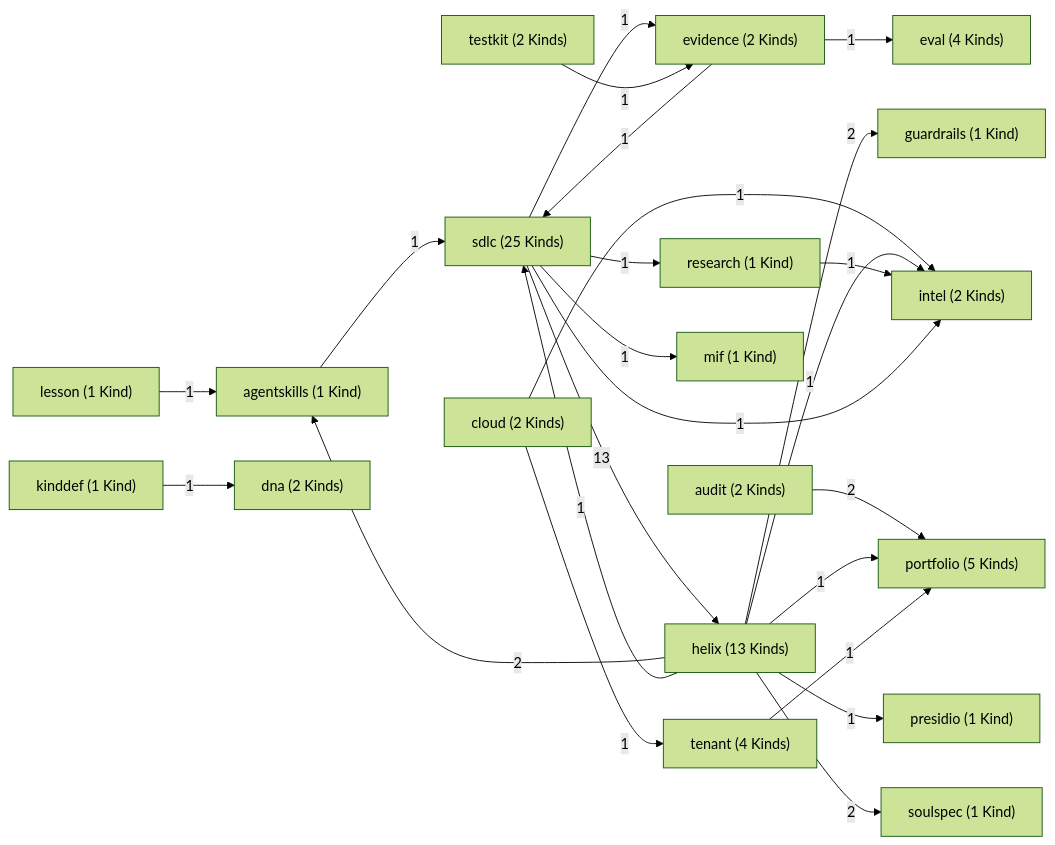
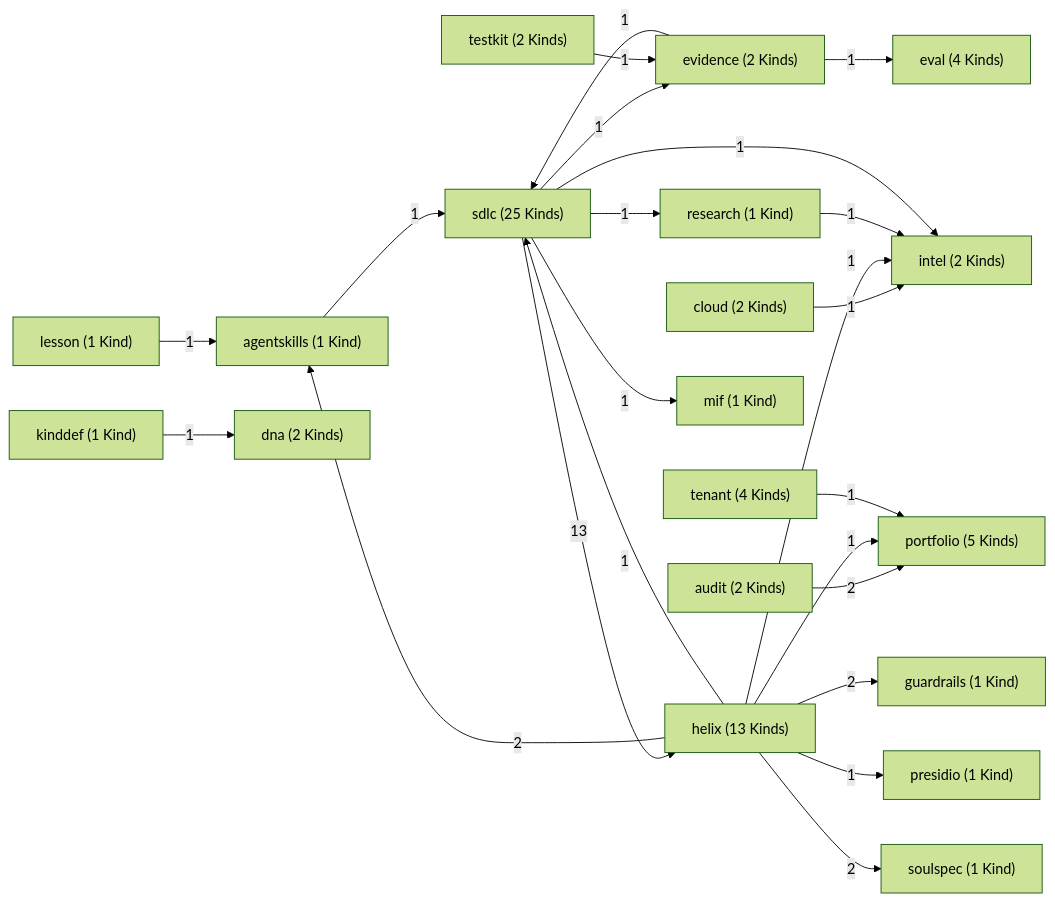
The first of 13 diagrams in docs/reference/data-model.md (ruinosus/dna), drawn with Mermaid (forest theme) before and after one commit. The commit also changed other lines of this file and 40 other files, not shown here.

````diff
--- a/docs/reference/data-model.md
+++ b/docs/reference/data-model.md
@@ -84,45 +84,44 @@
 ```mermaid
 flowchart LR
     agentskills["agentskills (1 Kind)"]
     audit["audit (2 Kinds)"]
     cloud["cloud (2 Kinds)"]
     dna["dna (2 Kinds)"]
     eval["eval (4 Kinds)"]
     evidence["evidence (2 Kinds)"]
     guardrails["guardrails (1 Kind)"]
     helix["helix (13 Kinds)"]
     intel["intel (2 Kinds)"]
     kinddef["kinddef (1 Kind)"]
     lesson["lesson (1 Kind)"]
     mif["mif (1 Kind)"]
     portfolio["portfolio (5 Kinds)"]
     presidio["presidio (1 Kind)"]
     research["research (1 Kind)"]
     sdlc["sdlc (25 Kinds)"]
     soulspec["soulspec (1 Kind)"]
     tenant["tenant (4 Kinds)"]
     testkit["testkit (2 Kinds)"]
     agentskills -->|1| sdlc
     audit -->|2| portfolio
     cloud -->|1| intel
-    cloud -->|1| tenant
     evidence -->|1| eval
     evidence -->|1| sdlc
     helix -->|2| agentskills
     helix -->|2| guardrails
     helix -->|1| intel
     helix -->|1| portfolio
     helix -->|1| presidio
     helix -->|1| sdlc
     helix -->|2| soulspec
     kinddef -->|1| dna
     lesson -->|1| agentskills
     research -->|1| intel
     sdlc -->|1| evidence
     sdlc -->|13| helix
     sdlc -->|1| intel
     sdlc -->|1| mif
     sdlc -->|1| research
     tenant -->|1| portfolio
     testkit -->|1| evidence
 ```
````
